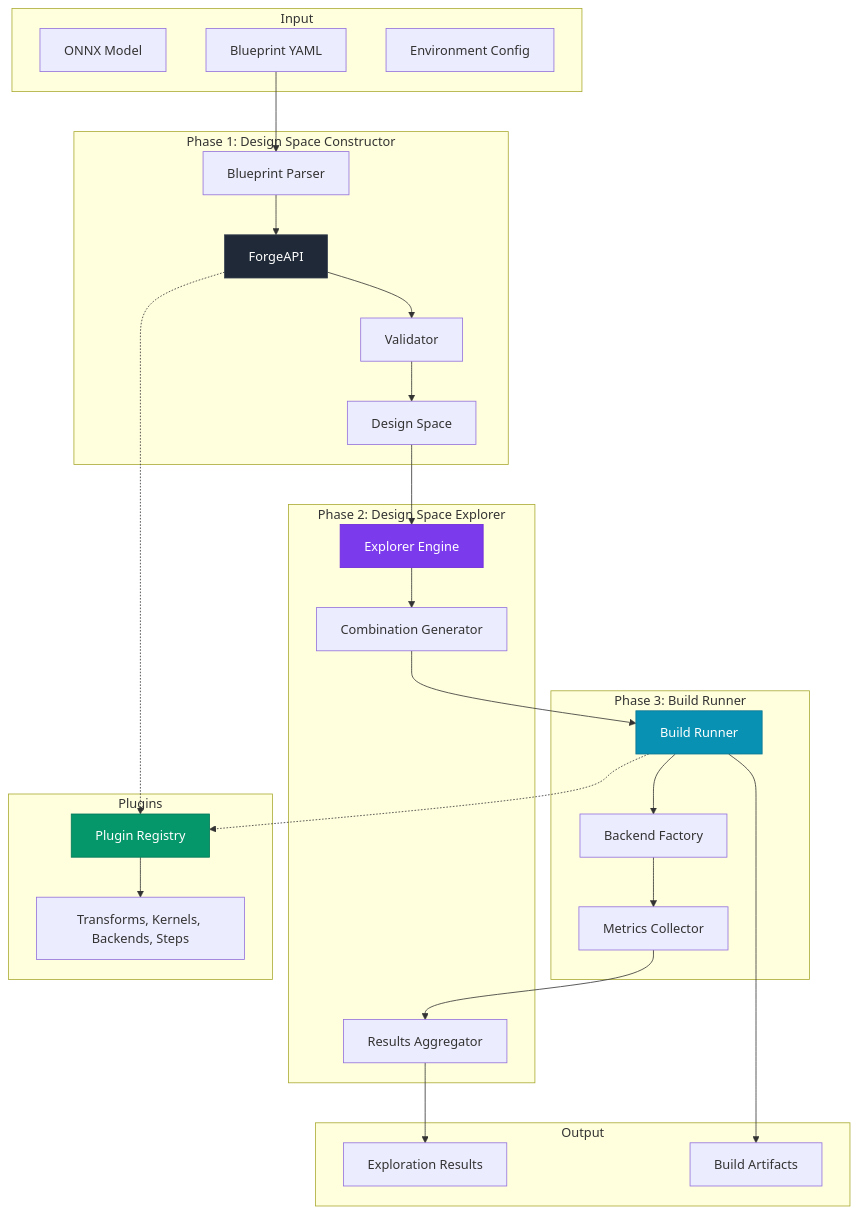
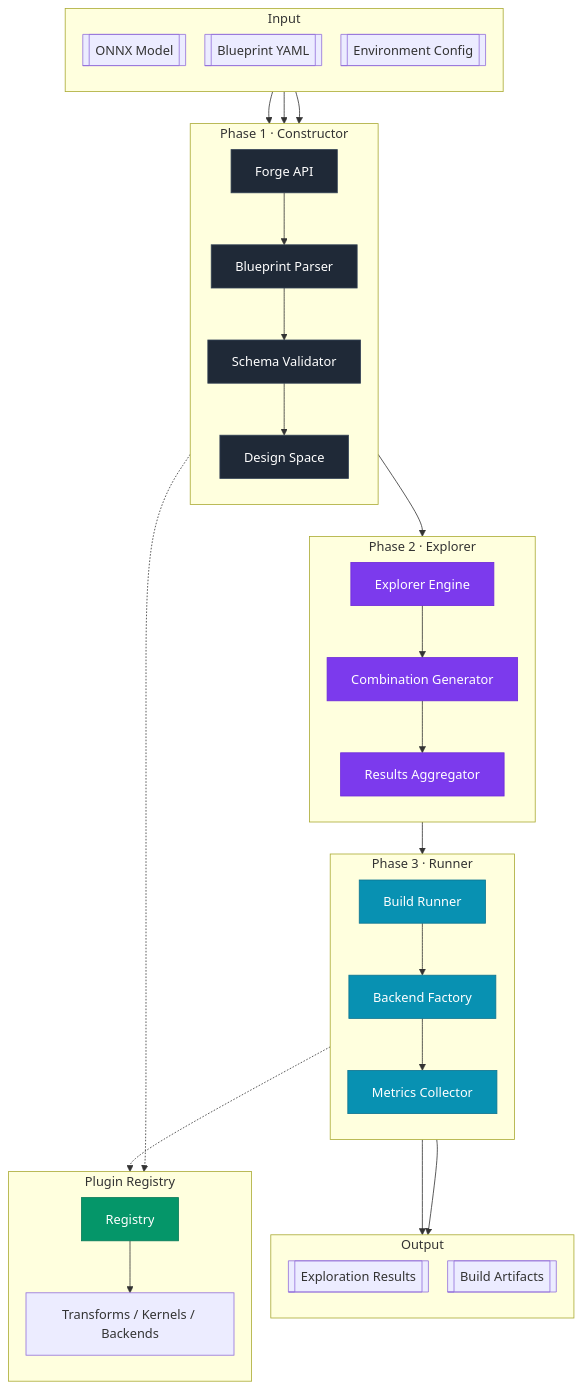
One commit to microsoft/Brainsmith changed the first of 7 diagrams in brainsmith/core/ARCHITECTURE.md. Above: the diagram before and after it, drawn with Mermaid. The commit also changed other lines of this file and 33 other files, not shown here.

````diff
--- a/brainsmith/core/ARCHITECTURE.md
+++ b/brainsmith/core/ARCHITECTURE.md
@@ -22,59 +25,83 @@
 ```mermaid
+%%{ init: { "flowchart": { "rankSpacing": 40, "nodeSpacing": 24 } } }%%
 flowchart TB
-    %% Input Layer
-    subgraph "Input"
-        MODEL[ONNX Model]
-        BLUEPRINT[Blueprint YAML]
-        CONFIG[Environment Config]
+    %%──────────────────────── INPUT ────────────────────────
+    subgraph INPUT["Input"]
+        direction TB
+        MODEL[[ONNX Model]]
+        BLUEPRINT[[Blueprint YAML]]
+        CONFIG[[Environment Config]]
     end
 
-    %% Core System - Three Phases
-    subgraph "Phase 1: Design Space Constructor"
-        FORGE[ForgeAPI]
+    %%─────────────── PHASE 1 · DESIGN-SPACE CONSTRUCTOR ────────────
+    subgraph P1["Phase 1 · Constructor"]
+        direction TB
+        FORGE[Forge API]
         PARSER[Blueprint Parser]
-        VALIDATOR[Validator]
+        VALIDATOR[Schema Validator]
         SPACE[Design Space]
+
+        %% intra-phase flow
+        FORGE --> PARSER --> VALIDATOR --> SPACE
     end
 
-    subgraph "Phase 2: Design Space Explorer"
+    %%──────────────── PHASE 2 · DESIGN-SPACE EXPLORER ──────────────
+    subgraph P2["Phase 2 · Explorer"]
+        direction TB
         EXPLORER[Explorer Engine]
         GENERATOR[Combination Generator]
         AGGREGATOR[Results Aggregator]
+
+        EXPLORER --> GENERATOR --> AGGREGATOR
     end
 
-    subgraph "Phase 3: Build Runner"
+    %%──────────────────── PHASE 3 · BUILD RUNNER ───────────────────
+    subgraph P3["Phase 3 · Runner"]
+        direction TB
         RUNNER[Build Runner]
         FACTORY[Backend Factory]
         METRICS[Metrics Collector]
+
+        RUNNER --> FACTORY --> METRICS
     end
 
-    %% Plugin Layer
-    subgraph "Plugins"
-        REGISTRY[Plugin Registry]
-        PLUGINS[Transforms, Kernels, Backends, Steps]
+    %%──────────────────────── PLUG-INS ────────────────────────
+    subgraph PLUGS["Plugin Registry"]
+        direction TB
+        REGISTRY[Registry]
+        PLUGINS[Transforms / Kernels / Backends]
+
+        REGISTRY --> PLUGINS
     end
 
-    %% Output Layer
-    subgraph "Output"
-        RESULTS[Exploration Results]
-        ARTIFACTS[Build Artifacts]
+    %%──────────────────────── OUTPUT ────────────────────────
+    subgraph OUTPUT["Output"]
+        direction TB
+        RESULTS[[Exploration Results]]
+        ARTIFACTS[[Build Artifacts]]
     end
 
-    %% Main Flow
-    BLUEPRINT --> PARSER --> FORGE --> VALIDATOR --> SPACE
-    SPACE --> EXPLORER --> GENERATOR --> RUNNER
-    RUNNER --> FACTORY --> METRICS --> AGGREGATOR
-    AGGREGATOR --> RESULTS
+    %%────────────── cross-phase conduits ──────────────
+    MODEL --> FORGE
+    CONFIG --> FORGE
+    BLUEPRINT --> PARSER
+    SPACE --> EXPLORER
+    GENERATOR --> RUNNER
+    RUNNER --> RESULTS
     RUNNER --> ARTIFACTS
 
-    %% Plugin connections
+    %%────────────── plugin integration points ──────────────
     FORGE -.-> REGISTRY
     RUNNER -.-> REGISTRY
-    REGISTRY --> PLUGINS
 
-    %% Styles
-    style FORGE fill:#1f2937,color:#fff,stroke:#374151
-    style EXPLORER fill:#7c3aed,color:#fff,stroke:#6d28d9
-    style RUNNER fill:#0891b2,color:#fff,stroke:#0e7490
-    style REGISTRY fill:#059669,color:#fff,stroke:#047857
+    %%──────────────── aesthetic classes ────────────────
+    classDef core fill:#1f2937,stroke:#334155,color:#ffffff;
+    classDef accent1 fill:#7c3aed,stroke:#6d28d9,color:#ffffff;
+    classDef accent2 fill:#0891b2,stroke:#0e7490,color:#ffffff;
+    classDef accent3 fill:#059669,stroke:#047857,color:#ffffff;
+
+    class FORGE,PARSER,VALIDATOR,SPACE core;
+    class EXPLORER,GENERATOR,AGGREGATOR accent1;
+    class RUNNER,FACTORY,METRICS accent2;
+    class REGISTRY accent3;
 ```
````
